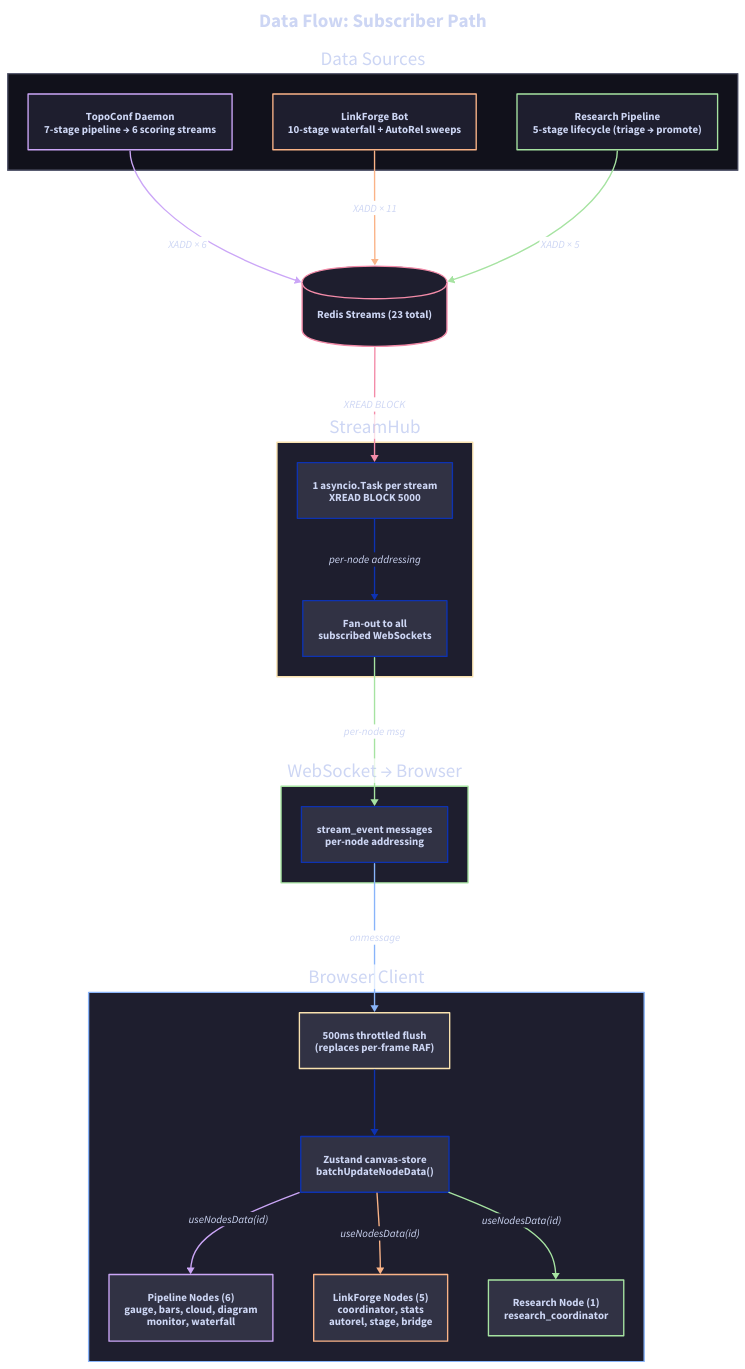
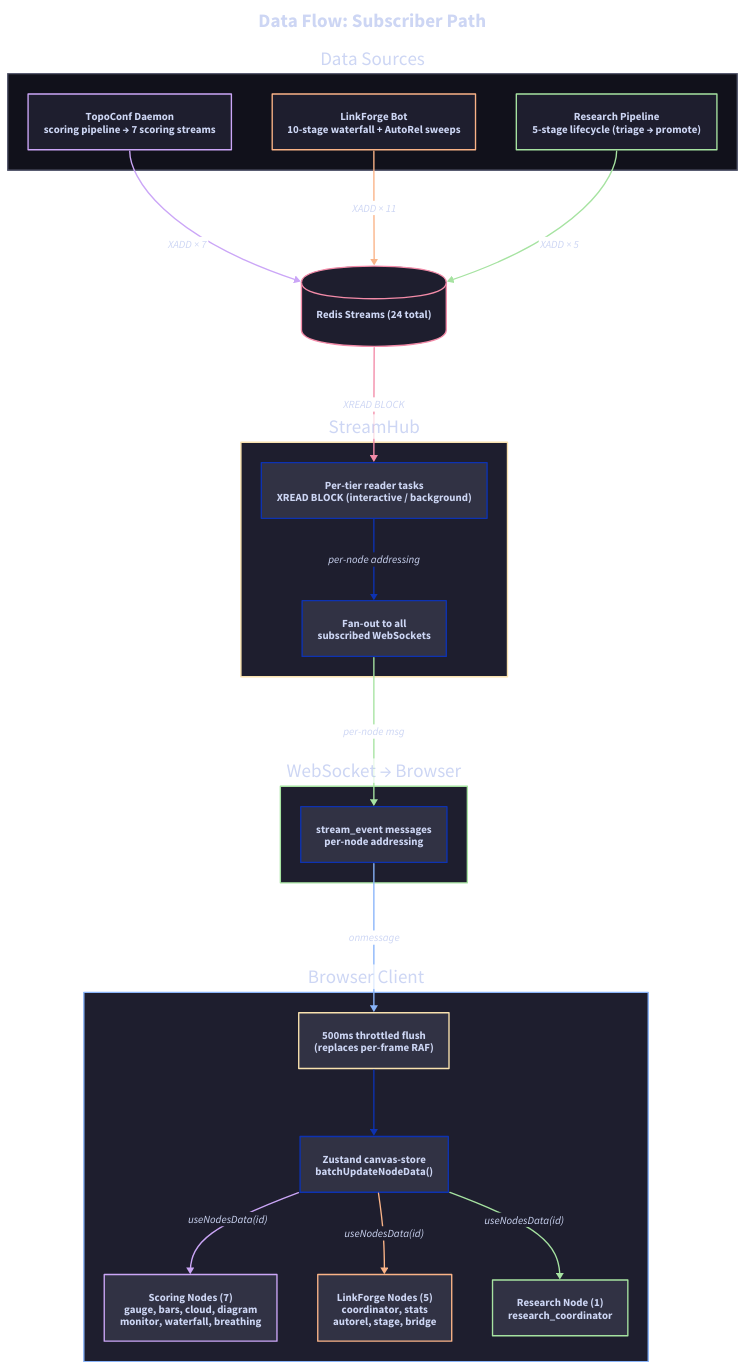
The diagram in docs/diagrams/05-subscriber-path.d2 (musicofhel/node-graph-substrate), drawn with D2 before and after one commit. The commit also changed 13 other files, not shown here.

First line of the commit message:
docs: update + re-render D2 diagrams to match pack-based architecture

```diff
--- a/docs/diagrams/05-subscriber-path.d2
+++ b/docs/diagrams/05-subscriber-path.d2
@@ -1,115 +1,115 @@
 direction: down
 
 title: {
   label: "Data Flow: Subscriber Path"
   near: top-center
   shape: text
   style.font-size: 28
   style.bold: true
   style.font-color: "#cdd6f4"
 }
 
 sources: "Data Sources" {
   style.fill: "#11111b"
   style.stroke: "#585b70"
   style.font-color: "#cdd6f4"
 
-  daemon: "TopoConf Daemon\n7-stage pipeline → 6 scoring streams" {
+  daemon: "TopoConf Daemon\nscoring pipeline → 7 scoring streams" {
     style.fill: "#1e1e2e"
     style.stroke: "#cba6f7"
     style.font-color: "#cdd6f4"
   }
 
   linkforge: "LinkForge Bot\n10-stage waterfall + AutoRel sweeps" {
     style.fill: "#1e1e2e"
     style.stroke: "#fab387"
     style.font-color: "#cdd6f4"
   }
 
   research: "Research Pipeline\n5-stage lifecycle (triage → promote)" {
     style.fill: "#1e1e2e"
     style.stroke: "#a6e3a1"
     style.font-color: "#cdd6f4"
   }
 }
 
-redis: "Redis Streams (23 total)" {
+redis: "Redis Streams (24 total)" {
   style.fill: "#1e1e2e"
   style.stroke: "#f38ba8"
   style.font-color: "#cdd6f4"
   shape: cylinder
 }
 
 hub: "StreamHub" {
   style.fill: "#1e1e2e"
   style.stroke: "#f9e2af"
   style.font-color: "#cdd6f4"
 
-  readers: "1 asyncio.Task per stream\nXREAD BLOCK 5000" {
+  readers: "Per-tier reader tasks\nXREAD BLOCK (interactive / background)" {
     style.fill: "#313244"
     style.font-color: "#cdd6f4"
   }
   fanout: "Fan-out to all\nsubscribed WebSockets" {
     style.fill: "#313244"
     style.font-color: "#cdd6f4"
   }
   readers -> fanout: "per-node addressing" {
     style.stroke-width: 2
     style.font-color: "#cdd6f4"
   }
 }
 
 ws: "WebSocket → Browser" {
   style.fill: "#1e1e2e"
   style.stroke: "#a6e3a1"
   style.font-color: "#cdd6f4"
 
   send: "stream_event messages\nper-node addressing" {
     style.fill: "#313244"
     style.font-color: "#cdd6f4"
   }
 }
 
 client: "Browser Client" {
   style.fill: "#1e1e2e"
   style.stroke: "#89b4fa"
   style.font-color: "#cdd6f4"
 
   throttle: "500ms throttled flush\n(replaces per-frame RAF)" {
     style.fill: "#313244"
     style.stroke: "#f9e2af"
     style.font-color: "#cdd6f4"
   }
   store: "Zustand canvas-store\nbatchUpdateNodeData()" {
     style.fill: "#313244"
     style.font-color: "#cdd6f4"
   }
 
-  pipeline_nodes: "Pipeline Nodes (6)\ngauge, bars, cloud, diagram\nmonitor, waterfall" {
+  pipeline_nodes: "Scoring Nodes (7)\ngauge, bars, cloud, diagram\nmonitor, waterfall, breathing" {
     style.fill: "#313244"
     style.stroke: "#cba6f7"
     style.font-color: "#cdd6f4"
   }
   lf_nodes: "LinkForge Nodes (5)\ncoordinator, stats\nautorel, stage, bridge" {
     style.fill: "#313244"
     style.stroke: "#fab387"
     style.font-color: "#cdd6f4"
   }
   research_nodes: "Research Node (1)\nresearch_coordinator" {
     style.fill: "#313244"
     style.stroke: "#a6e3a1"
     style.font-color: "#cdd6f4"
   }
 
   throttle -> store: "" {style.stroke-width: 2}
   store -> pipeline_nodes: "useNodesData(id)" {style.stroke-width: 2; style.font-color: "#cdd6f4"; style.stroke: "#cba6f7"}
   store -> lf_nodes: "useNodesData(id)" {style.stroke-width: 2; style.font-color: "#cdd6f4"; style.stroke: "#fab387"}
   store -> research_nodes: "useNodesData(id)" {style.stroke-width: 2; style.font-color: "#cdd6f4"; style.stroke: "#a6e3a1"}
 }
 
-sources.daemon -> redis: "XADD × 6" {style.stroke: "#cba6f7"; style.stroke-width: 2; style.font-color: "#cdd6f4"}
+sources.daemon -> redis: "XADD × 7" {style.stroke: "#cba6f7"; style.stroke-width: 2; style.font-color: "#cdd6f4"}
 sources.linkforge -> redis: "XADD × 11" {style.stroke: "#fab387"; style.stroke-width: 2; style.font-color: "#cdd6f4"}
 sources.research -> redis: "XADD × 5" {style.stroke: "#a6e3a1"; style.stroke-width: 2; style.font-color: "#cdd6f4"}
 redis -> hub.readers: "XREAD BLOCK" {style.stroke: "#f38ba8"; style.stroke-width: 2; style.font-color: "#cdd6f4"}
 hub.fanout -> ws.send: "per-node msg" {style.stroke: "#a6e3a1"; style.stroke-width: 2; style.font-color: "#cdd6f4"}
 ws.send -> client.throttle: "onmessage" {style.stroke: "#89b4fa"; style.stroke-width: 2; style.font-color: "#cdd6f4"}
```
